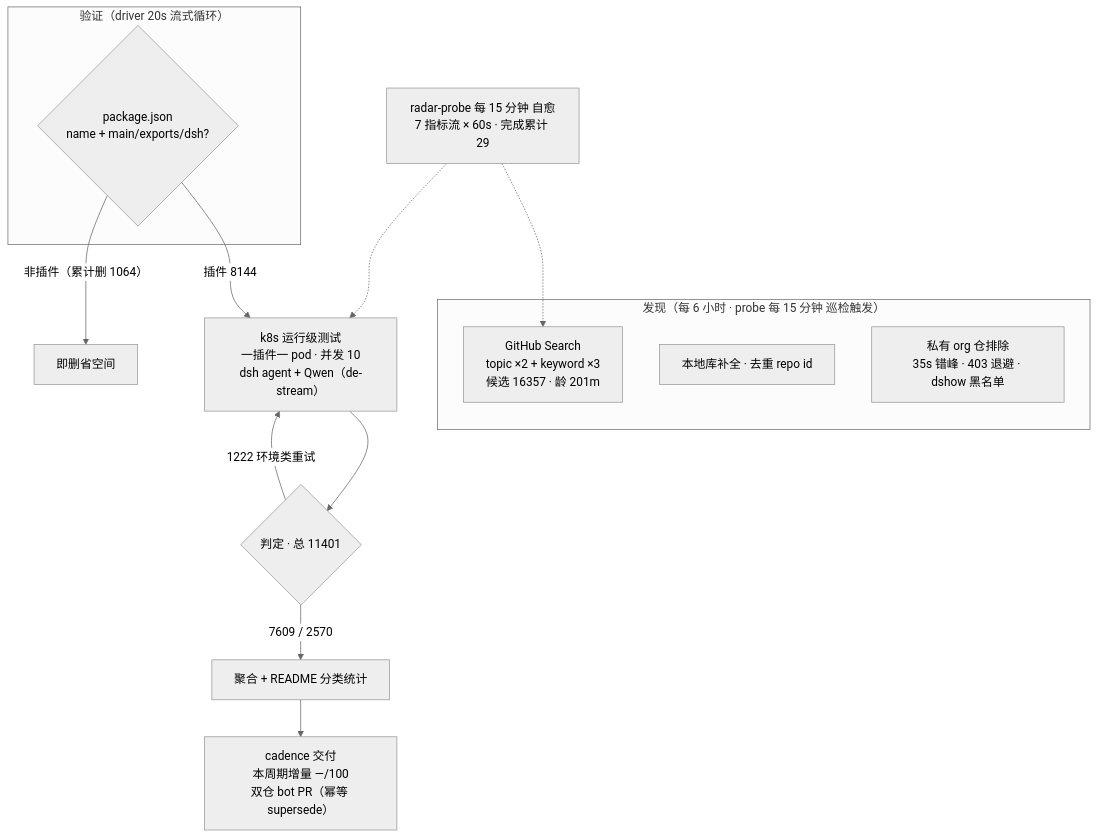
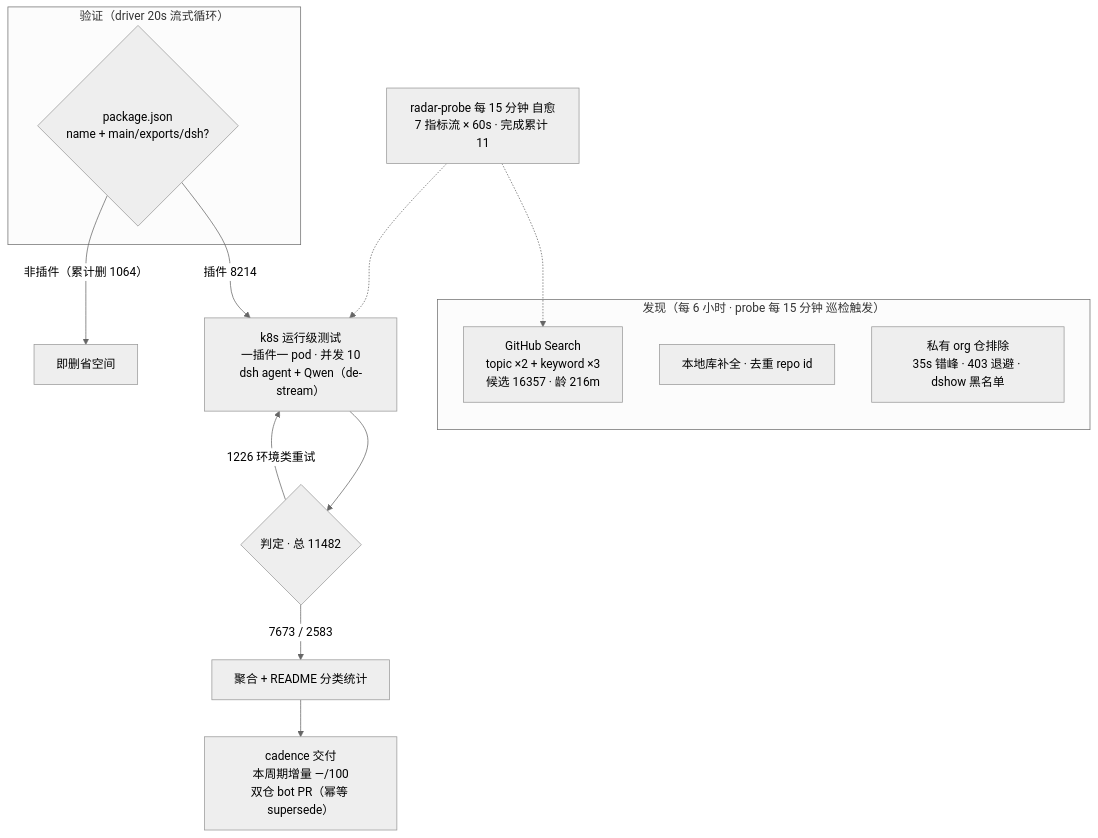
Before and after one commit to Zhidao-Lab-OSS/awesome-dsh-plugins: the diagram in README.md, drawn with Mermaid (neutral theme). The commit also changed other lines of this file and 1 other file, not shown here.

````diff
--- a/README.md
+++ b/README.md
@@ -52,20 +52,20 @@
 ```mermaid
 flowchart TB
     subgraph Discovery["发现（每 6 小时 · probe 每 15 分钟 巡检触发）"]
-        A1["GitHub Search<br/>topic ×2 + keyword ×3<br/>候选 16357 · 龄 201m"]
+        A1["GitHub Search<br/>topic ×2 + keyword ×3<br/>候选 16357 · 龄 216m"]
         A2["本地库补全 · 去重 repo id"]
         A3["私有 org 仓排除<br/>35s 错峰 · 403 退避 · dshow 黑名单"]
     end
     subgraph Validation["验证（driver 20s 流式循环）"]
         B1{"package.json<br/>name + main/exports/dsh?"}
     end
-    B1 -->|"插件 8144"| C1["k8s 运行级测试<br/>一插件一 pod · 并发 10<br/>dsh agent + Qwen（de-stream）"]
+    B1 -->|"插件 8214"| C1["k8s 运行级测试<br/>一插件一 pod · 并发 10<br/>dsh agent + Qwen（de-stream）"]
     B1 -->|"非插件（累计删 1064）"| B3["即删省空间"]
-    C1 --> D1{"判定 · 总 11401"}
-    D1 -->|"7609 / 2570"| E1["聚合 + README 分类统计"]
-    D1 -->|"1222 环境类重试"| C1
+    C1 --> D1{"判定 · 总 11482"}
+    D1 -->|"7673 / 2583"| E1["聚合 + README 分类统计"]
+    D1 -->|"1226 环境类重试"| C1
     E1 --> E2["cadence 交付<br/>本周期增量 —/100<br/>双仓 bot PR（幂等 supersede）"]
-    M["radar-probe 每 15 分钟 自愈<br/>7 指标流 × 60s · 完成累计 29"]
+    M["radar-probe 每 15 分钟 自愈<br/>7 指标流 × 60s · 完成累计 11"]
     M -.-> A1
     M -.-> C1
 ```
````
